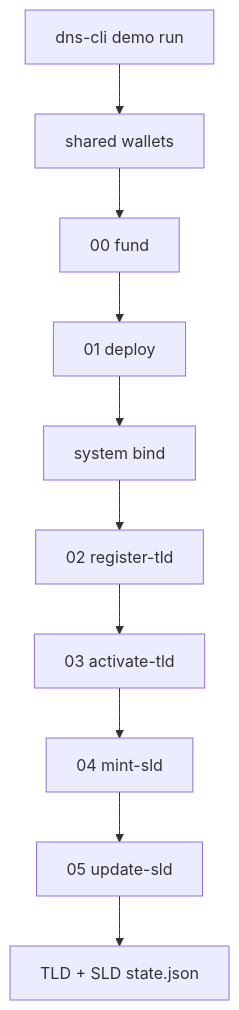
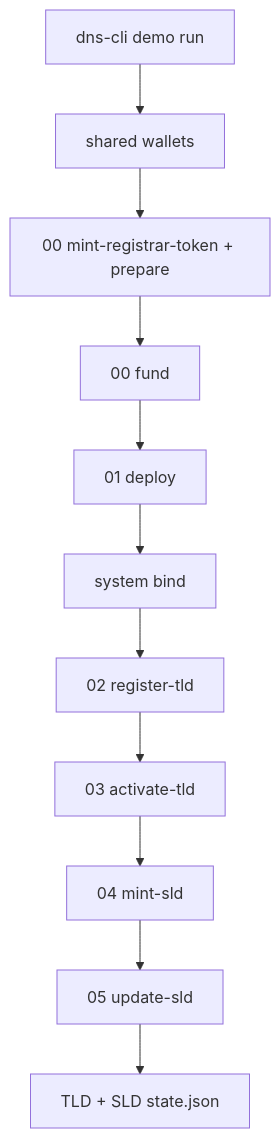
The diagram in docs/demo.md (blinklabs-io/dns-cli), drawn with Mermaid before and after one commit. The commit also changed other lines of this file and 105 other files, not shown here.

````diff
--- a/docs/demo.md
+++ b/docs/demo.md
@@ -22,12 +23,13 @@
 ```mermaid
 flowchart TB
   start["dns-cli demo run"] --> wallets["shared wallets"]
-  wallets --> fund["00 fund"]
+  wallets --> mintRegistrar["00 mint-registrar-token + prepare"]
+  mintRegistrar --> fund["00 fund"]
   fund --> deploy["01 deploy"]
   deploy --> bind["system bind"]
   bind --> register["02 register-tld"]
   register --> activate["03 activate-tld"]
   activate --> mint["04 mint-sld"]
   mint --> update["05 update-sld"]
   update --> state["TLD + SLD state.json"]
 ```
````
